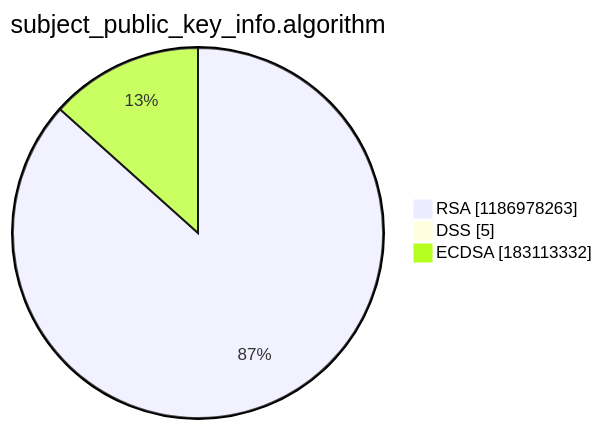
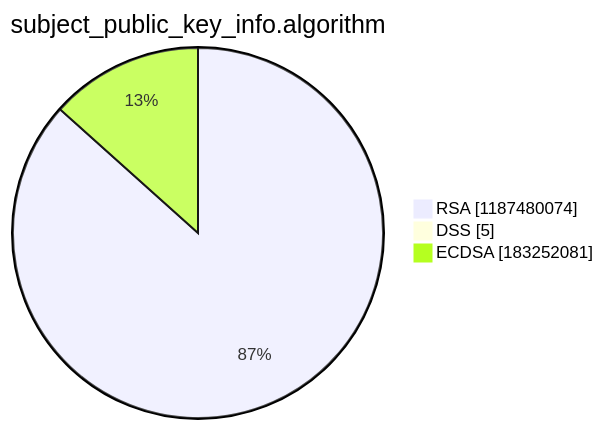
Before and after one commit to christiankrug/ctmonitor_visualization: the third of 15 diagrams in argon2022/README.md, drawn with Mermaid. The commit also changed other lines of this file, not shown here.

````diff
--- a/argon2022/README.md
+++ b/argon2022/README.md
@@ -14,7 +14,7 @@
 ```mermaid
 pie showData
 title subject_public_key_info.algorithm
-"RSA" :1186978263
+"RSA" :1187480074
 "DSS" :5
-"ECDSA" :183113332
+"ECDSA" :183252081
 ```
````
